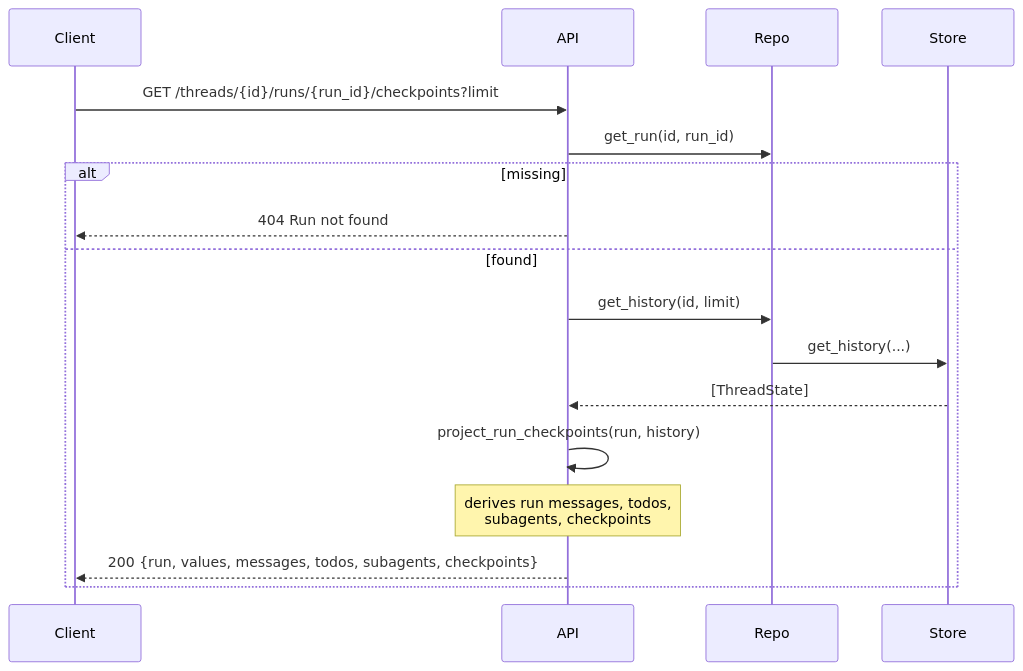
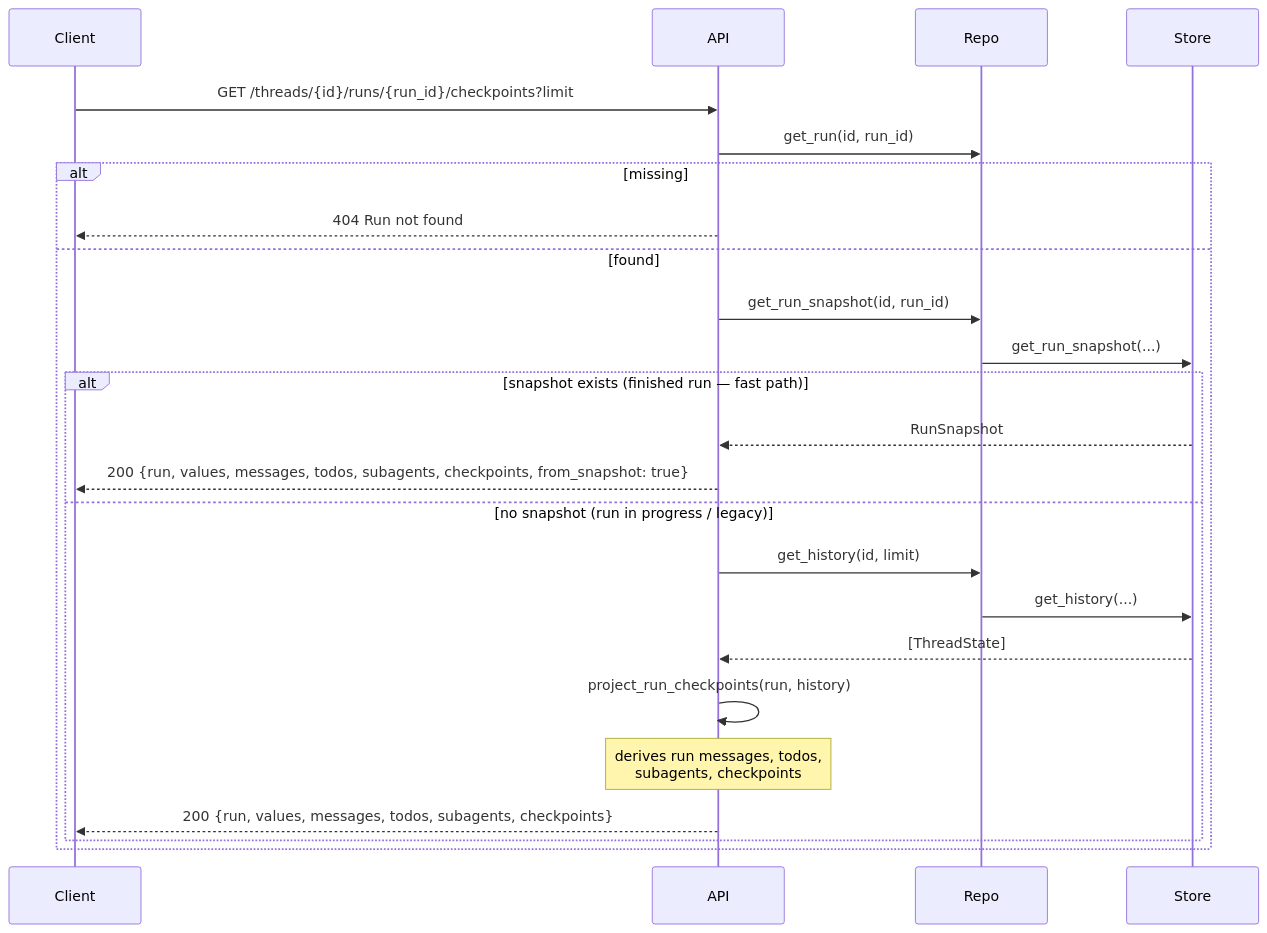
Before and after one commit to aa2051995/deep-agent-ga: diagram 21 of 27 in docs/architecture/rest-endpoints.md, drawn with Mermaid. The commit also changed other lines of this file and 14 other files, not shown here.

First line of the commit message:
feat(persistence): add per-run snapshot table for fast run-data retrieval

````diff
--- a/docs/architecture/rest-endpoints.md
+++ b/docs/architecture/rest-endpoints.md
@@ -517,19 +517,26 @@
 ```mermaid
 sequenceDiagram
     participant Client
     participant API
     participant Repo
     participant Store
     Client->>API: GET /threads/{id}/runs/{run_id}/checkpoints?limit
     API->>Repo: get_run(id, run_id)
     alt missing
         API-->>Client: 404 Run not found
     else found
-        API->>Repo: get_history(id, limit)
-        Repo->>Store: get_history(...)
-        Store-->>API: [ThreadState]
-        API->>API: project_run_checkpoints(run, history)
-        Note over API: derives run messages, todos,<br/>subagents, checkpoints
-        API-->>Client: 200 {run, values, messages, todos, subagents, checkpoints}
+        API->>Repo: get_run_snapshot(id, run_id)
+        Repo->>Store: get_run_snapshot(...)
+        alt snapshot exists (finished run — fast path)
+            Store-->>API: RunSnapshot
+            API-->>Client: 200 {run, values, messages, todos, subagents, checkpoints, from_snapshot: true}
+        else no snapshot (run in progress / legacy)
+            API->>Repo: get_history(id, limit)
+            Repo->>Store: get_history(...)
+            Store-->>API: [ThreadState]
+            API->>API: project_run_checkpoints(run, history)
+            Note over API: derives run messages, todos,<br/>subagents, checkpoints
+            API-->>Client: 200 {run, values, messages, todos, subagents, checkpoints}
+        end
     end
 ```
````
